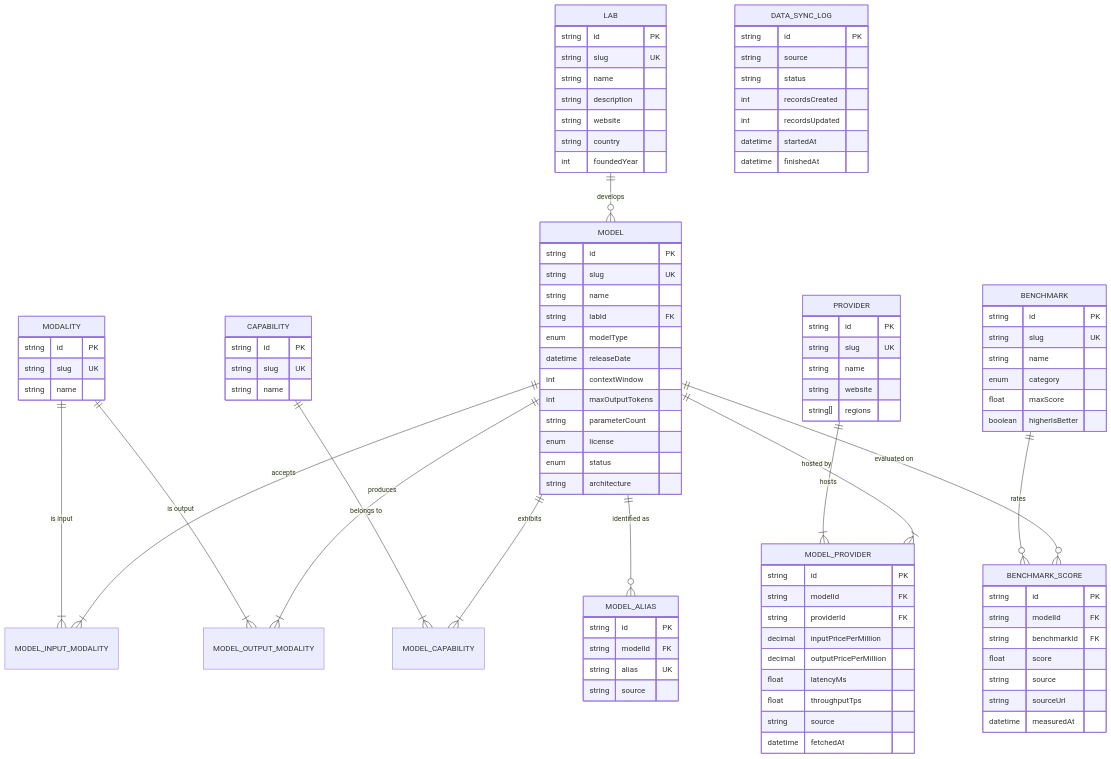
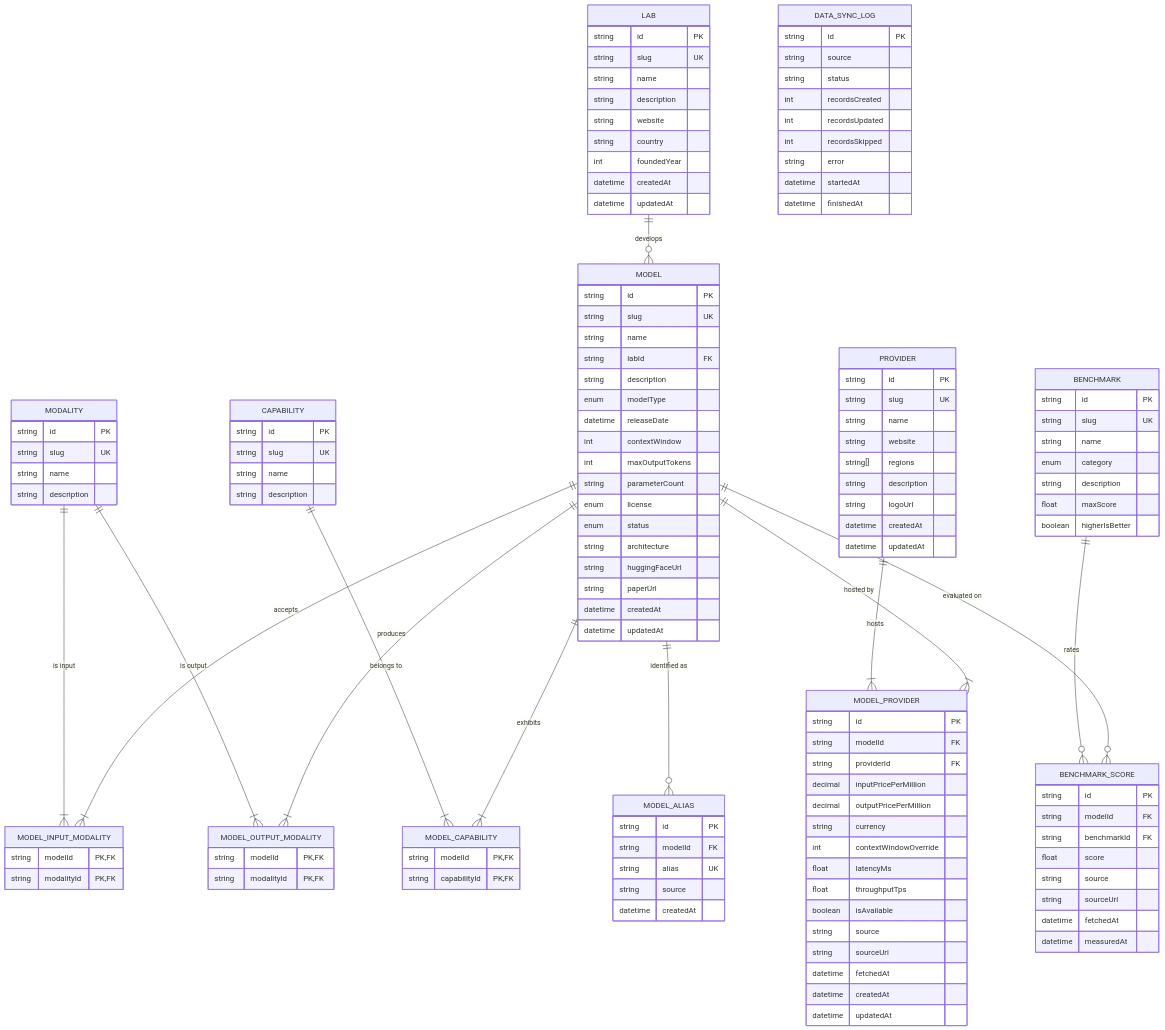
The second of 2 diagrams in README.md (Swagat108/OneAtlas), drawn with Mermaid before and after one commit. The commit also changed other lines of this file and 9 other files, not shown here.

```diff
--- a/README.md
+++ b/README.md
@@ -203,6 +185,8 @@
         string website
         string country
         int foundedYear
+        datetime createdAt
+        datetime updatedAt
     }
 
     MODEL {
@@ -210,6 +194,7 @@
         string slug UK
         string name
         string labId FK
+        string description
         enum modelType
         datetime releaseDate
         int contextWindow
@@ -218,18 +203,39 @@
         enum license
         enum status
         string architecture
+        string huggingFaceUrl
+        string paperUrl
+        datetime createdAt
+        datetime updatedAt
     }
 
     MODALITY {
         string id PK
         string slug UK
         string name
+        string description
+    }
+
+    MODEL_INPUT_MODALITY {
+        string modelId PK,FK
+        string modalityId PK,FK
+    }
+
+    MODEL_OUTPUT_MODALITY {
+        string modelId PK,FK
+        string modalityId PK,FK
     }
 
     CAPABILITY {
         string id PK
         string slug UK
         string name
+        string description
+    }
+
+    MODEL_CAPABILITY {
+        string modelId PK,FK
+        string capabilityId PK,FK
     }
 
     PROVIDER {
@@ -238,6 +244,10 @@
         string name
         string website
         string[] regions
+        string description
+        string logoUrl
+        datetime createdAt
+        datetime updatedAt
     }
 
     MODEL_PROVIDER {
@@ -246,10 +256,16 @@
         string providerId FK
         decimal inputPricePerMillion
         decimal outputPricePerMillion
+        string currency
+        int contextWindowOverride
         float latencyMs
         float throughputTps
+        boolean isAvailable
         string source
+        string sourceUrl
         datetime fetchedAt
+        datetime createdAt
+        datetime updatedAt
     }
 
     BENCHMARK {
@@ -257,6 +273,7 @@
         string slug UK
         string name
         enum category
+        string description
         float maxScore
         boolean higherIsBetter
     }
@@ -268,6 +285,7 @@
         float score
         string source
         string sourceUrl
+        datetime fetchedAt
         datetime measuredAt
     }
 
@@ -276,6 +294,7 @@
         string modelId FK
         string alias UK
         string source
+        datetime createdAt
     }
 
     DATA_SYNC_LOG {
@@ -284,6 +303,8 @@
         string status
         int recordsCreated
         int recordsUpdated
+        int recordsSkipped
+        string error
         datetime startedAt
         datetime finishedAt
     }
```
